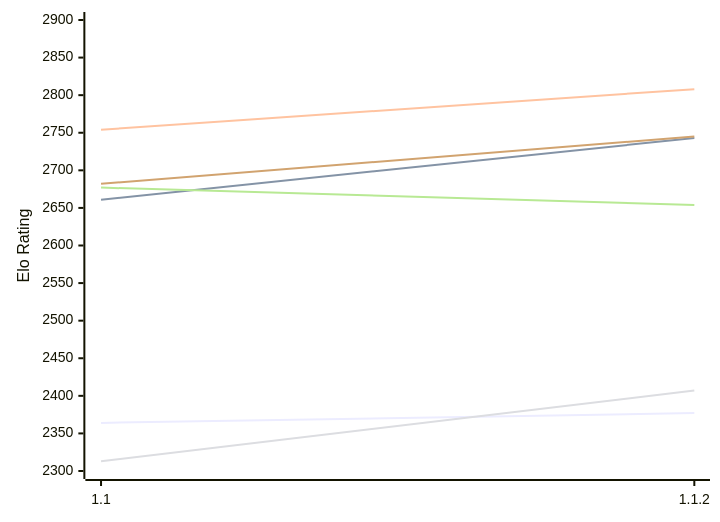
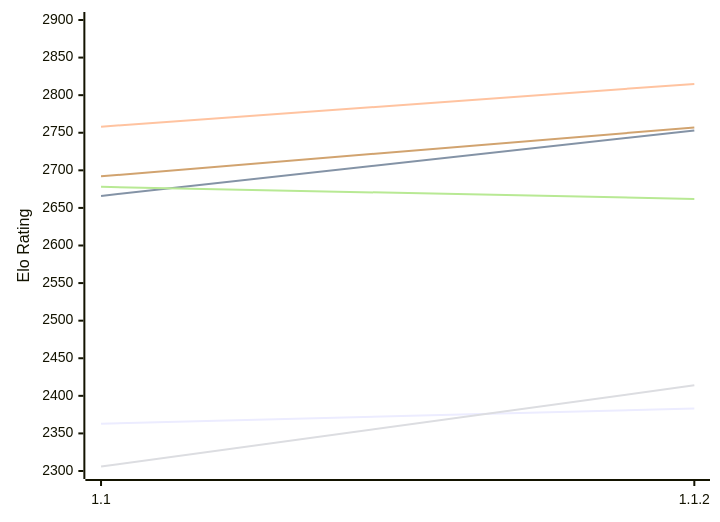
One commit to computer-chess-index/cci changed the first of 2 diagrams in engines/Casanchess.md. Above: the diagram before and after it, drawn with Mermaid. The commit also changed other lines of this file, not shown here.

Commit message:
Update CCI Ratings (ELO VLTC) - 2026-11-16

````diff
--- a/engines/Casanchess.md
+++ b/engines/Casanchess.md
@@ -51,12 +51,12 @@
 ```mermaid
 %%{init: {"theme":"base","themeVariables":{"seriesColors:['#a3a3a3','#222221','#faa371']}}}%%
 xychart-beta
   x-axis ["1.1", "1.1.2"]
   y-axis "Elo Rating" 2300 --> 2900
-  line "E1: STC (8.0+0.08s)" [2364, 2377]
-  line "E1: LTC (60.0+0.60s)" [2661, 2743]
-  line "E1: VLTC (2m24s+1.12s)" [2754, 2808]
-  line "P1: STC (8.0+0.08s)" [2313, 2407]
-  line "P1: LTC (60.0+0.60s)" [2677, 2654]
-  line "P1: VLTC (2m24s+1.12s)" [2682, 2745]
+  line "E1: STC (8.0+0.08s)" [2363, 2383]
+  line "E1: LTC (60.0+0.60s)" [2666, 2753]
+  line "E1: VLTC (2m24s+1.12s)" [2758, 2815]
+  line "P1: STC (8.0+0.08s)" [2306, 2414]
+  line "P1: LTC (60.0+0.60s)" [2678, 2662]
+  line "P1: VLTC (2m24s+1.12s)" [2692, 2757]
 ```
````
